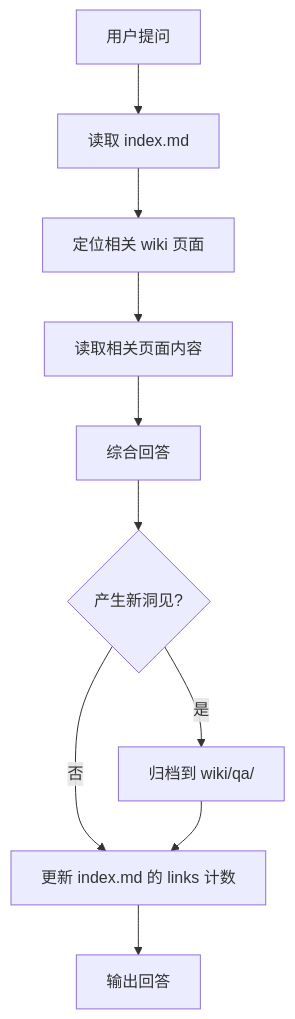
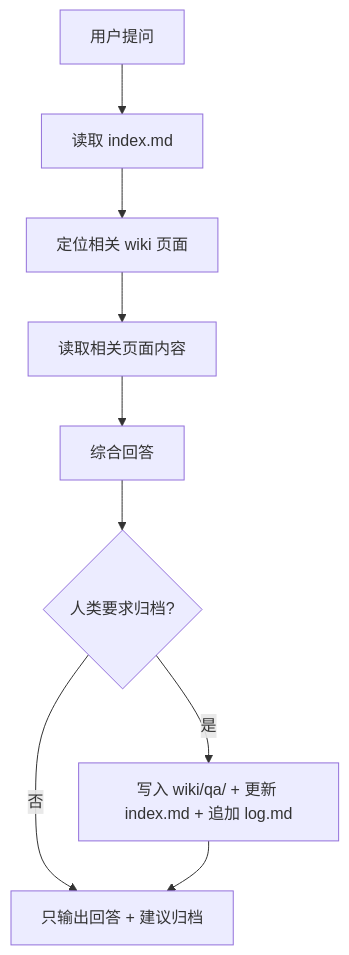
One commit to fb0sh/llmwiki changed the diagram in .skills/llmwiki-query/SKILL.md. Above: the diagram before and after it, drawn with Mermaid. The commit also changed other lines of this file and 7 other files, not shown here.

````diff
--- a/.skills/llmwiki-query/SKILL.md
+++ b/.skills/llmwiki-query/SKILL.md
@@ -14,12 +14,11 @@
 ```mermaid
 flowchart TD
     A[用户提问] --> B[读取 index.md]
     B --> C[定位相关 wiki 页面]
     C --> D[读取相关页面内容]
     D --> E[综合回答]
-    E --> F{产生新洞见?}
-    F -->|是| G[归档到 wiki/qa/]
-    F -->|否| H[更新 index.md 的 links 计数]
+    E --> F{人类要求归档?}
+    F -->|是| G[写入 wiki/qa/ + 更新 index.md + 追加 log.md]
+    F -->|否| H[只输出回答 + 建议归档]
     G --> H
-    H --> I[输出回答]
 ```
````
